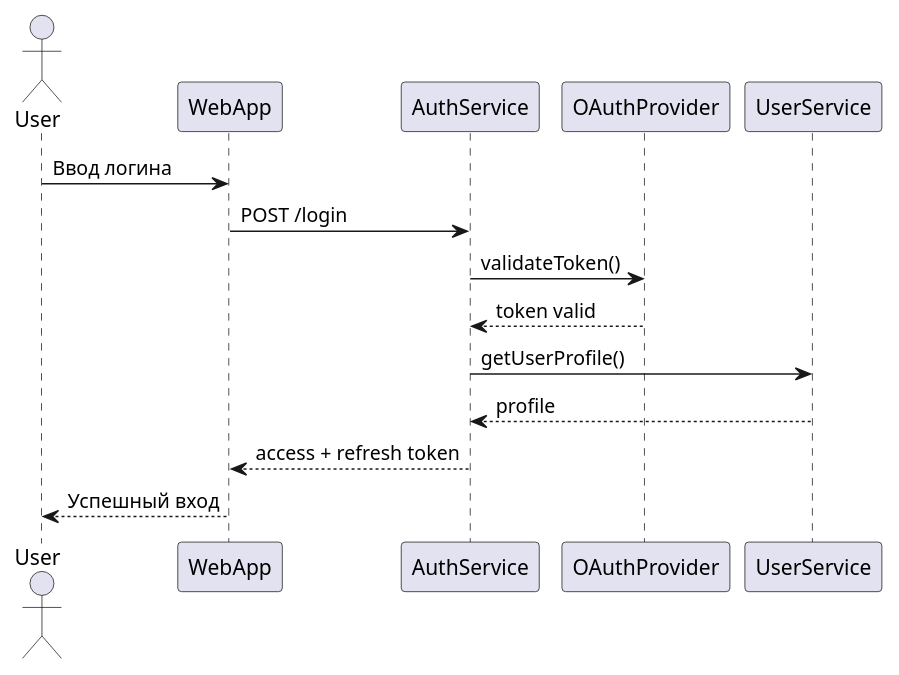
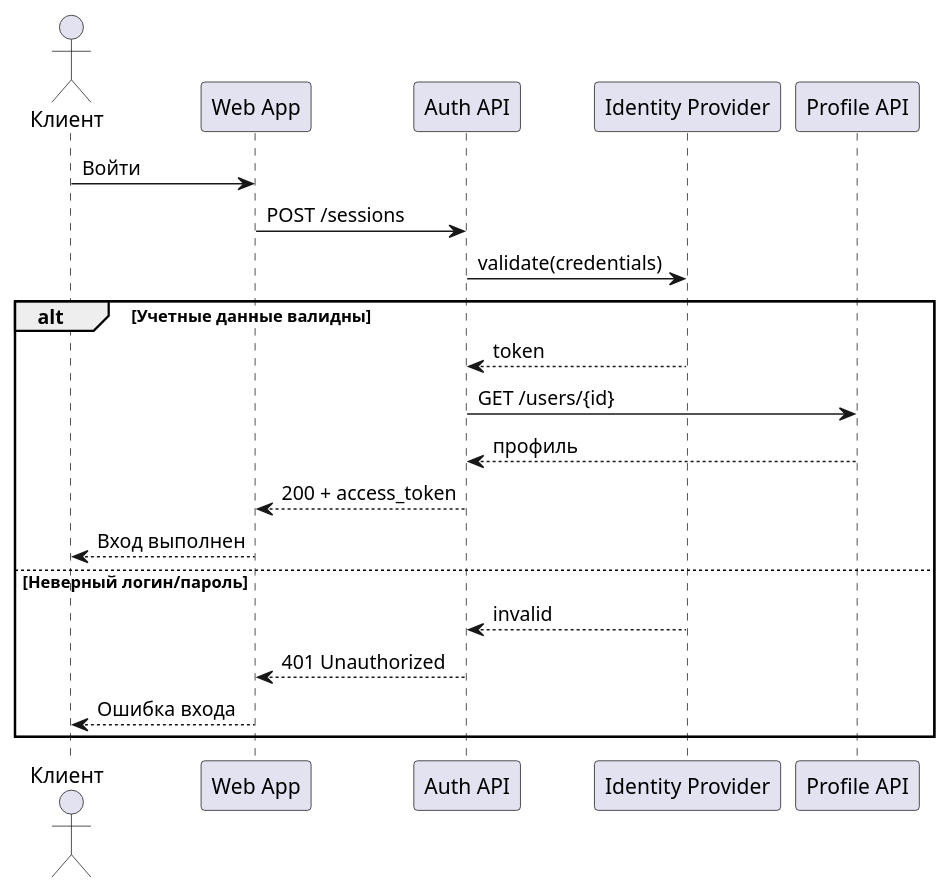
Before and after one commit to iwizy/analyst_kb: the diagram in docs/notations/uml/sequence.md, drawn with PlantUML. The commit also changed other lines of this file and 20 other files, not shown here.

````diff
--- a/docs/notations/uml/sequence.md
+++ b/docs/notations/uml/sequence.md
@@ -17,18 +30,25 @@
 ```kroki-plantuml
 @startuml
-actor User
-participant WebApp
-participant AuthService
-participant OAuthProvider
-participant UserService
+actor Клиент
+participant "Web App" as Web
+participant "Auth API" as Auth
+participant "Identity Provider" as IdP
+participant "Profile API" as Profile
 
-User -> WebApp : Ввод логина
-WebApp -> AuthService : POST /login
-AuthService -> OAuthProvider : validateToken()
-OAuthProvider --> AuthService : token valid
-AuthService -> UserService : getUserProfile()
-UserService --> AuthService : profile
-AuthService --> WebApp : access + refresh token
-WebApp --> User : Успешный вход
+Клиент -> Web : Войти
+Web -> Auth : POST /sessions
+Auth -> IdP : validate(credentials)
+
+alt Учетные данные валидны
+  IdP --> Auth : token
+  Auth -> Profile : GET /users/{id}
+  Profile --> Auth : профиль
+  Auth --> Web : 200 + access_token
+  Web --> Клиент : Вход выполнен
+else Неверный логин/пароль
+  IdP --> Auth : invalid
+  Auth --> Web : 401 Unauthorized
+  Web --> Клиент : Ошибка входа
+end
 @enduml
 ```
````
